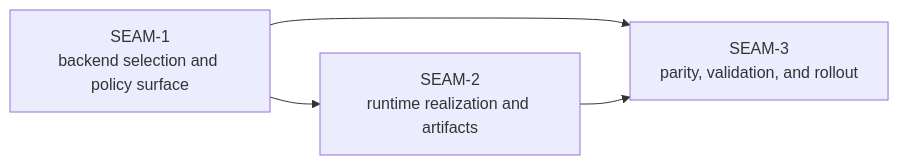
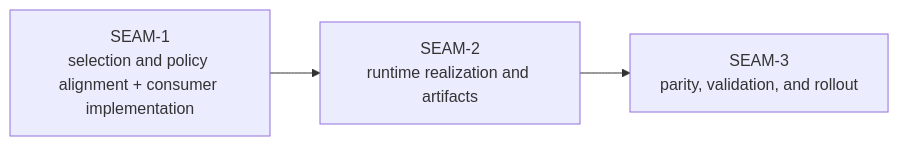
One commit to atomize-hq/substrate changed the diagram in docs/project_management/packs/draft/gateway-backend-selection-runtime-integration-fse/seam_map.md. Above: the diagram before and after it, drawn with Mermaid. The commit also changed other lines of this file and 107 other files, not shown here.

First line of the commit message:
Feat/gateway backend selection runtime integration (#66)

````diff
--- a/docs/project_management/packs/draft/gateway-backend-selection-runtime-integration-fse/seam_map.md
+++ b/docs/project_management/packs/draft/gateway-backend-selection-runtime-integration-fse/seam_map.md
@@ -23,6 +23,5 @@
 ```mermaid
 flowchart LR
-  S1["SEAM-1<br/>backend selection and policy surface"] --> S2["SEAM-2<br/>runtime realization and artifacts"]
-  S1 --> S3["SEAM-3<br/>parity, validation, and rollout"]
-  S2 --> S3
+  S1["SEAM-1<br/>selection and policy alignment + consumer implementation"] --> S2["SEAM-2<br/>runtime realization and artifacts"]
+  S2 --> S3["SEAM-3<br/>parity, validation, and rollout"]
 ```
````
